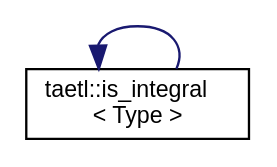
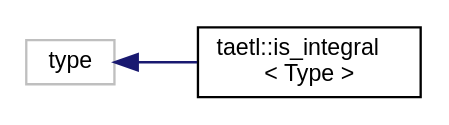
One commit to tobanteAudio/taetl changed the diagram in inherit_graph_13.dot. Above: the diagram before and after it, drawn with Graphviz. The commit also changed 79 other files, not shown here.

```diff
--- a/inherit_graph_13.dot
+++ b/inherit_graph_13.dot
@@ -1,9 +1,9 @@
 digraph "Graphical Class Hierarchy"
 {
   edge [fontname="Helvetica",fontsize="10",labelfontname="Helvetica",labelfontsize="10"];
   node [fontname="Helvetica",fontsize="10",shape=record];
   rankdir="LR";
-  Node0 [label="type",height=0.2,width=0.4,color="grey75", fillcolor="white", style="filled"];
-  Node0 -> Node0 [dir="back",color="midnightblue",fontsize="10",style="solid",fontname="Helvetica"];
+  Node2 [label="type",height=0.2,width=0.4,color="grey75", fillcolor="white", style="filled"];
+  Node2 -> Node0 [dir="back",color="midnightblue",fontsize="10",style="solid",fontname="Helvetica"];
   Node0 [label="taetl::is_integral\l\< Type \>",height=0.2,width=0.4,color="black", fillcolor="white", style="filled",URL="$structtaetl_1_1is__integral.html"];
 }
```
